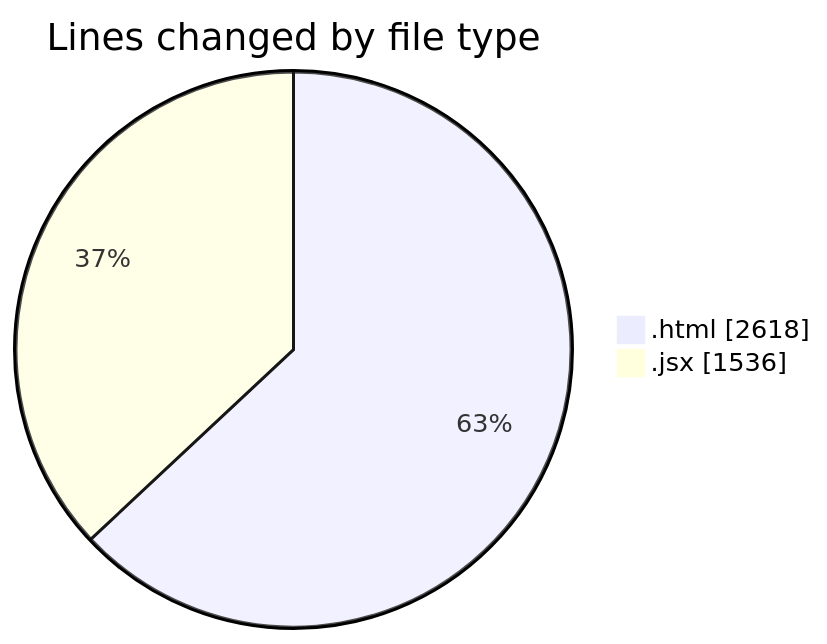
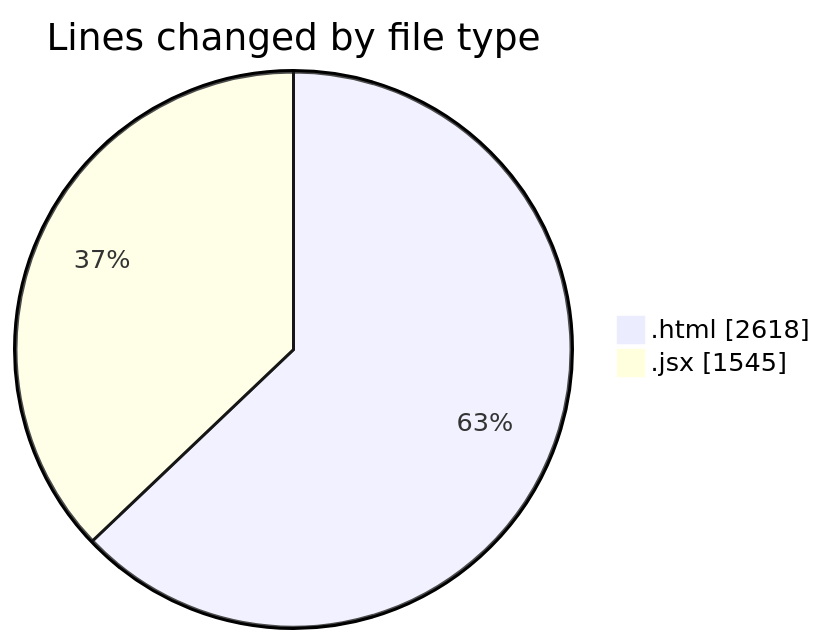
Before and after one commit to nxtqubesakshisongat/code-tracking: the first of 2 diagrams in 2025-08-08/nxtqube_webapp/README.md, drawn with Mermaid. The commit also changed other lines of this file and 1 other file, not shown here.

````diff
--- a/2025-08-08/nxtqube_webapp/README.md
+++ b/2025-08-08/nxtqube_webapp/README.md
@@ -22,6 +22,6 @@
 ```mermaid
 pie showData
 title Lines changed by file type
 ".html" : 2618
-".jsx" : 1536
+".jsx" : 1545
 ```
````
